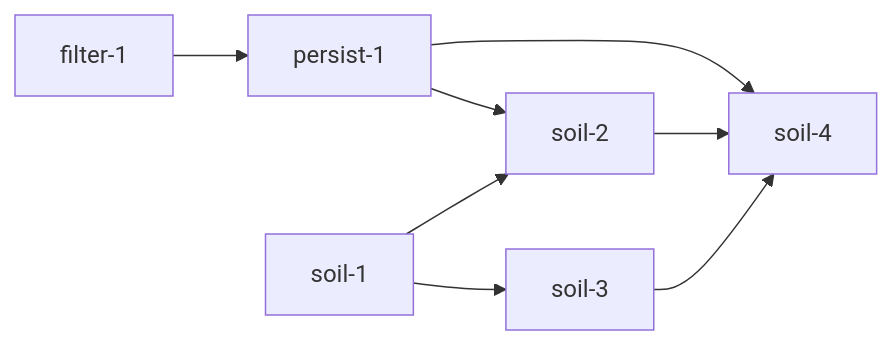
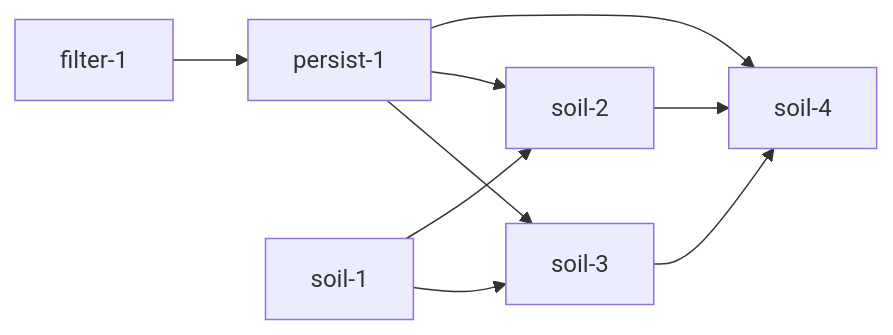
One commit to JustinMonty20/landman changed the diagram in plans/soil-layer.md. Above: the diagram before and after it, drawn with Mermaid. The commit also changed other lines of this file and 1 other file, not shown here.

````diff
--- a/plans/soil-layer.md
+++ b/plans/soil-layer.md
@@ -43,10 +43,11 @@
 ```mermaid
 flowchart LR
   filter1[filter-1] --> persist1[persist-1]
   soil1[soil-1] --> soil3[soil-3]
+  persist1 --> soil3
   soil1 --> soil2[soil-2]
   persist1 --> soil2
   persist1 --> soil4[soil-4]
   soil2 --> soil4
   soil3 --> soil4
 ```
````
